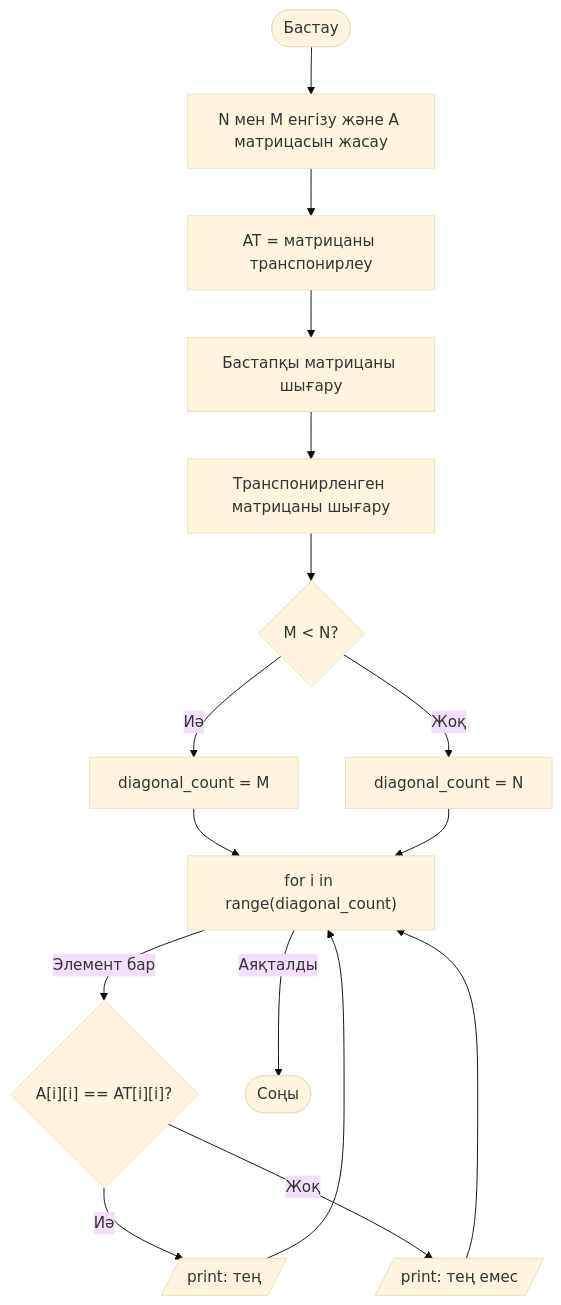
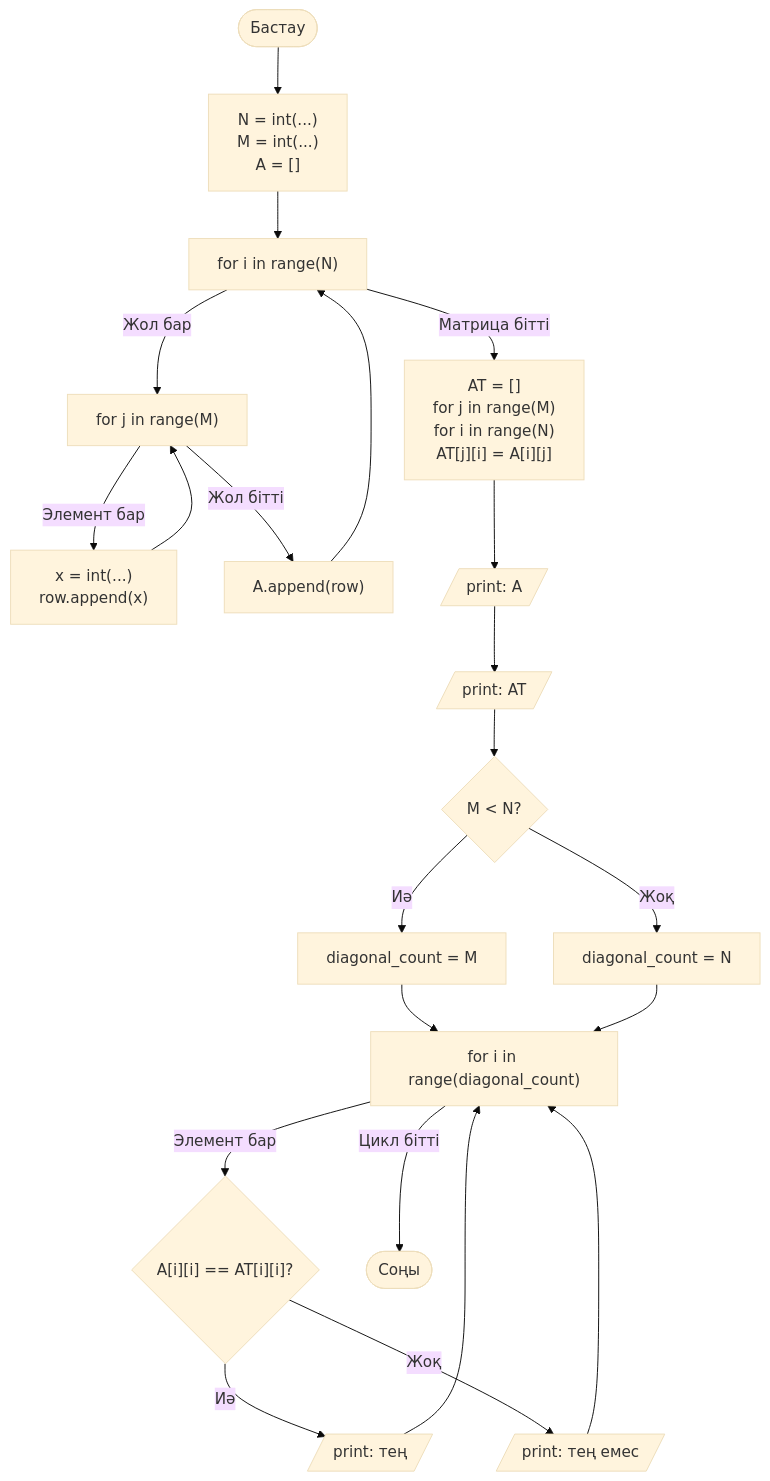
The third of 3 diagrams in README.md (aanakuanys/blok-schema), drawn with Mermaid (base theme) before and after one commit. The commit also changed other lines of this file, not shown here.

Commit message:
Refactor mermaid diagrams in README.md

````diff
--- a/README.md
+++ b/README.md
@@ -61,20 +68,26 @@
 ```mermaid
-    graph TD
-    Start3([Бастау]) --> Input3["N мен M енгізу және A матрицасын жасау"]
+   graph TD
+    Start([Бастау]) --> Input["N = int(...) <br/> M = int(...) <br/> A = []"]
     
-    Input3 --> Transpose["AT = матрицаны транспонирлеу"]
+    Input --> LoopN["for i in range(N)"]
+    LoopN -- "Жол бар" --> LoopM["for j in range(M)"]
+    LoopM -- "Элемент бар" --> ReadX["x = int(...) <br/> row.append(x)"] --> LoopM
     
-    Transpose --> PrintA["Бастапқы матрицаны шығару"]
-    PrintA --> PrintAT["Транспонирленген матрицаны шығару"]
+    LoopM -- "Жол бітті" --> AppA["A.append(row)"] --> LoopN
+    
+    LoopN -- "Матрица бітті" --> Trans["AT = [] <br/> for j in range(M) <br/> for i in range(N) <br/> AT[j][i] = A[i][j]"]
+    
+    Trans --> PrintA[/print: A/]
+    PrintA --> PrintAT[/print: AT/]
     
     PrintAT --> CheckM{"M < N?"}
-    CheckM -- "Иә" --> Set1["diagonal_count = M"] --> DiagLoop
-    CheckM -- "Жоқ" --> Set2["diagonal_count = N"] --> DiagLoop
+    CheckM -- "Иә" --> SetM["diagonal_count = M"] --> DiagLoop
+    CheckM -- "Жоқ" --> SetN["diagonal_count = N"] --> DiagLoop
     
     DiagLoop["for i in range(diagonal_count)"] -- "Элемент бар" --> CheckEq{"A[i][i] == AT[i][i]?"}
     
     CheckEq -- "Иә" --> PrintEq[/print: тең/] --> DiagLoop
     CheckEq -- "Жоқ" --> PrintNotEq[/print: тең емес/] --> DiagLoop
     
-    DiagLoop -- "Аяқталды" --> End3([Соңы])
+    DiagLoop -- "Цикл бітті" --> End([Соңы])
 ```
````
